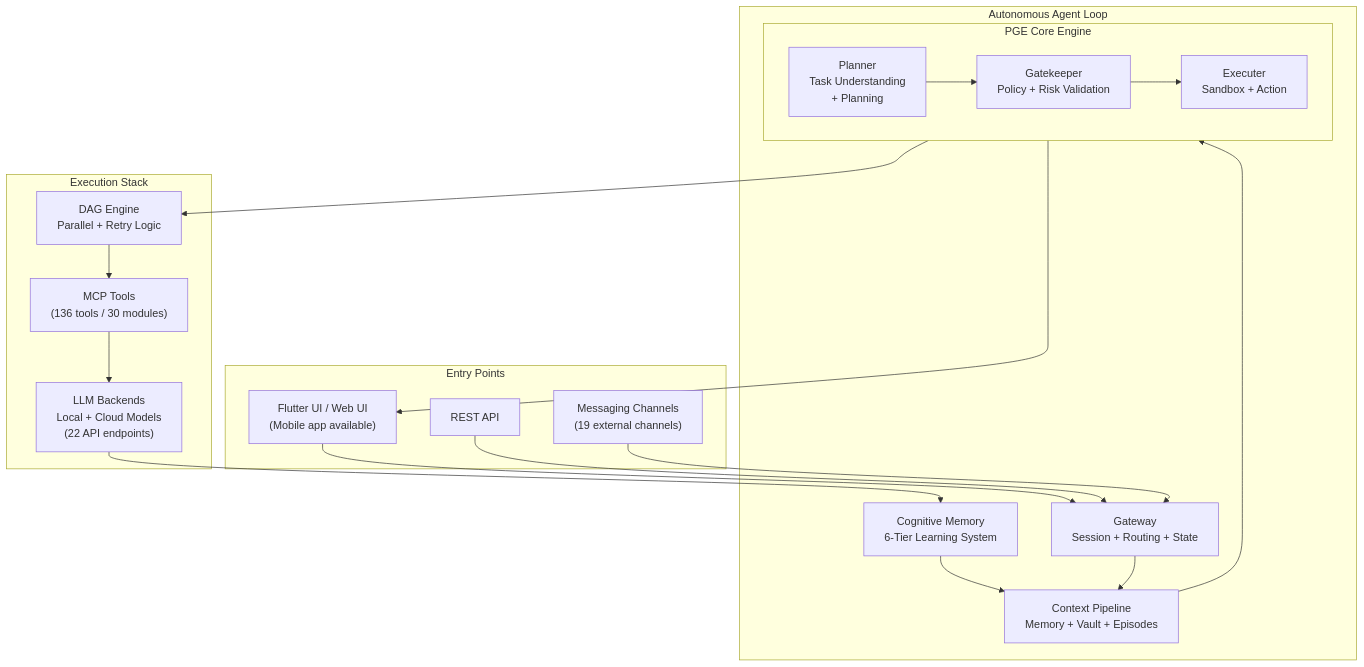
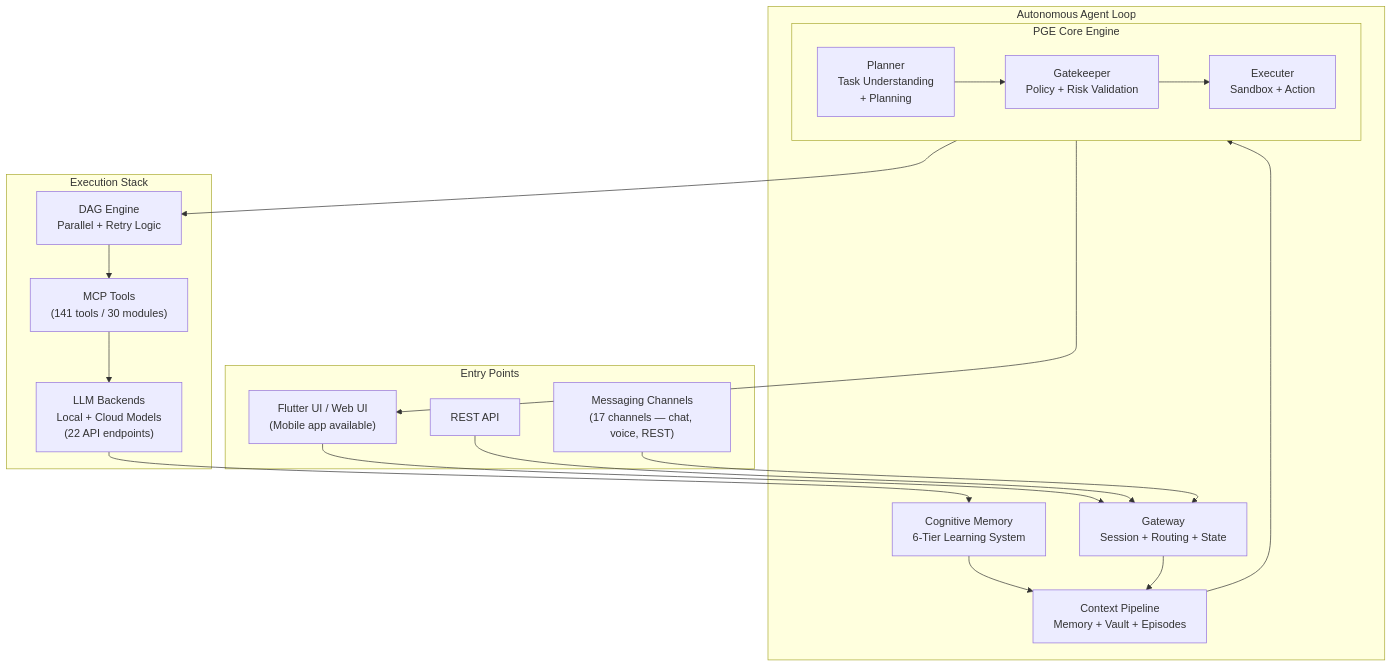
The diagram in README.md (Alex8791-cyber/cognithor), drawn with Mermaid before and after one commit. The commit also changed other lines of this file and 12 other files, not shown here.

````diff
--- a/README.md
+++ b/README.md
@@ -187,71 +195,71 @@
 ```mermaid id="k8v3zp"
 flowchart TB
 
 %% ===== ENTRY POINTS =====
 subgraph ENTRY["Entry Points"]
     UI["Flutter UI / Web UI
 (Mobile app available)"]
     API["REST API"]
     CHANNELS["Messaging Channels
-(19 external channels)"]
+(17 channels — chat, voice, REST)"]
 end
 
 %% ===== CORE LOOP =====
 subgraph CORE["Autonomous Agent Loop"]
     GATEWAY["Gateway
 Session + Routing + State"]
 
     CONTEXT["Context Pipeline
 Memory + Vault + Episodes"]
 
     subgraph PGE["PGE Core Engine"]
         direction LR
         PLANNER["Planner 
 Task Understanding
 + Planning"]
 
         GATEKEEPER["Gatekeeper
 Policy + Risk Validation"]
 
         EXECUTOR["Executer
 Sandbox + Action"]
     end
 
     MEMORY["Cognitive Memory
 6-Tier Learning System"]
 end
 
 %% ===== EXECUTION =====
 subgraph EXEC["Execution Stack"]
     WORKFLOW["DAG Engine
 Parallel + Retry Logic"]
 
     TOOLS["MCP Tools
-(136 tools / 30 modules)"]
+(141 tools / 30 modules)"]
 
     LLM["LLM Backends
 Local + Cloud Models
 (22 API endpoints)"]
 end
 
 %% ===== FLOW =====
 
 %% Entry into loop
 UI --> GATEWAY
 API --> GATEWAY
 CHANNELS --> GATEWAY
 
 %% Core loop
 GATEWAY --> CONTEXT
 CONTEXT --> PLANNER
 PLANNER --> GATEKEEPER --> EXECUTOR
 
 %% Execution path
 EXECUTOR --> WORKFLOW --> TOOLS --> LLM --> MEMORY
 
 %% Feedback loop
 MEMORY --> CONTEXT
 
 %% Visibility (important fix)
 EXECUTOR --> UI
 ```
````
